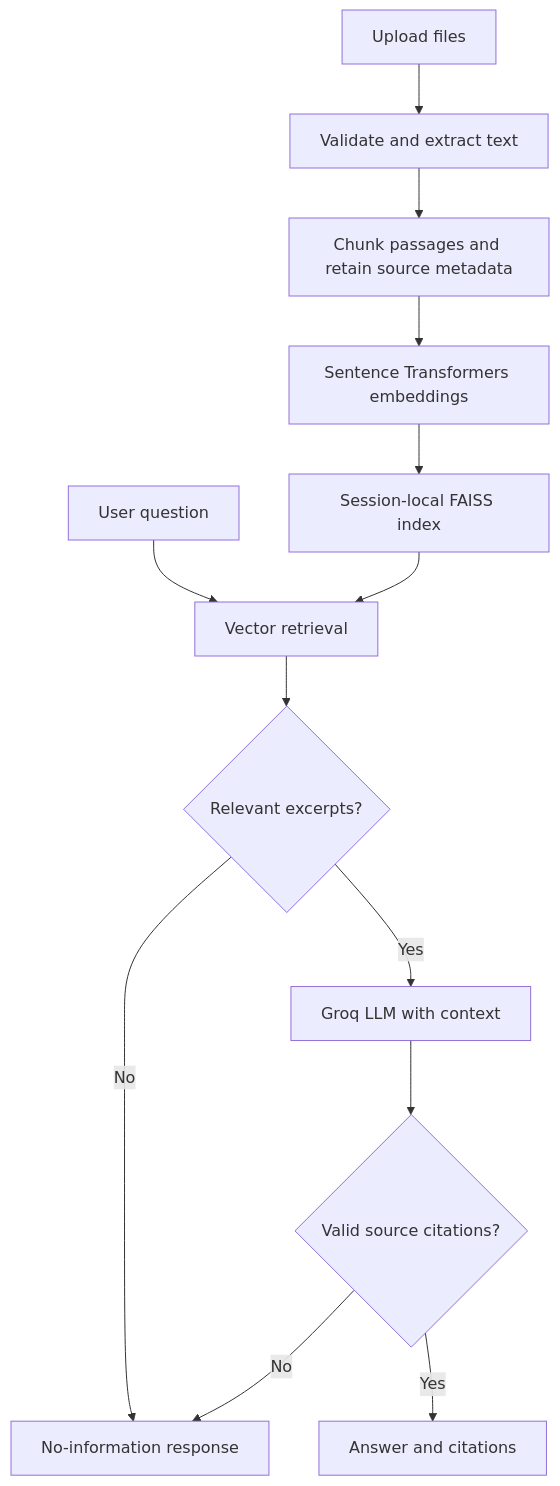
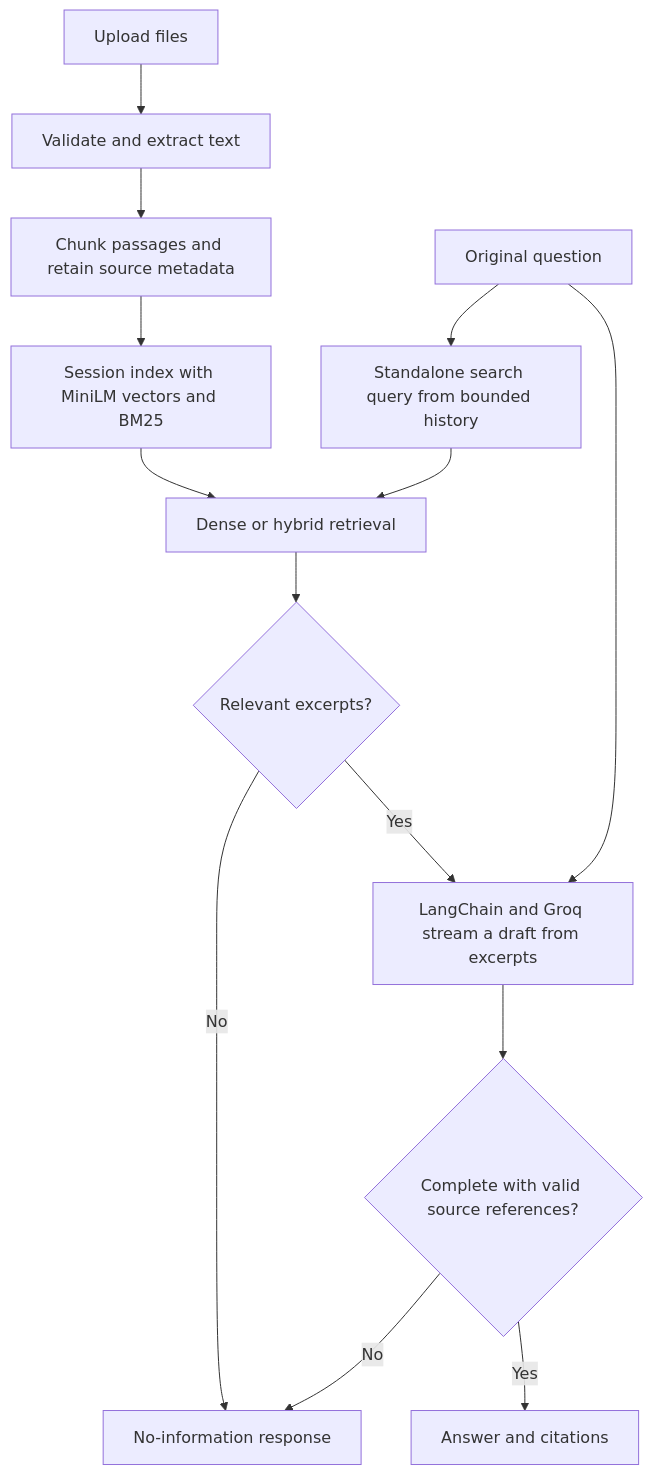
One commit to KOUSHIK1831/CampusGuide changed the diagram in README.md. Above: the diagram before and after it, drawn with Mermaid. The commit also changed other lines of this file and 27 other files, not shown here.

First line of the commit message:
feat: add conversational hybrid RAG and retrieval benchmarks

````diff
--- a/README.md
+++ b/README.md
@@ -57,15 +58,16 @@
 ```mermaid
 flowchart TD
     A[Upload files] --> B[Validate and extract text]
     B --> C[Chunk passages and retain source metadata]
-    C --> D[Sentence Transformers embeddings]
-    D --> E[Session-local FAISS index]
-    F[User question] --> G[Vector retrieval]
+    C --> E[Session index with MiniLM vectors and BM25]
+    F[Original question] --> W[Standalone search query from bounded history]
+    W --> G[Dense or hybrid retrieval]
     E --> G
     G --> H{Relevant excerpts?}
     H -->|No| I[No-information response]
-    H -->|Yes| J[Groq LLM with context]
-    J --> K{Valid source citations?}
+    H -->|Yes| J[LangChain and Groq stream a draft from excerpts]
+    F --> J
+    J --> K{Complete with valid source references?}
     K -->|No| I
     K -->|Yes| L[Answer and citations]
 ```
````
